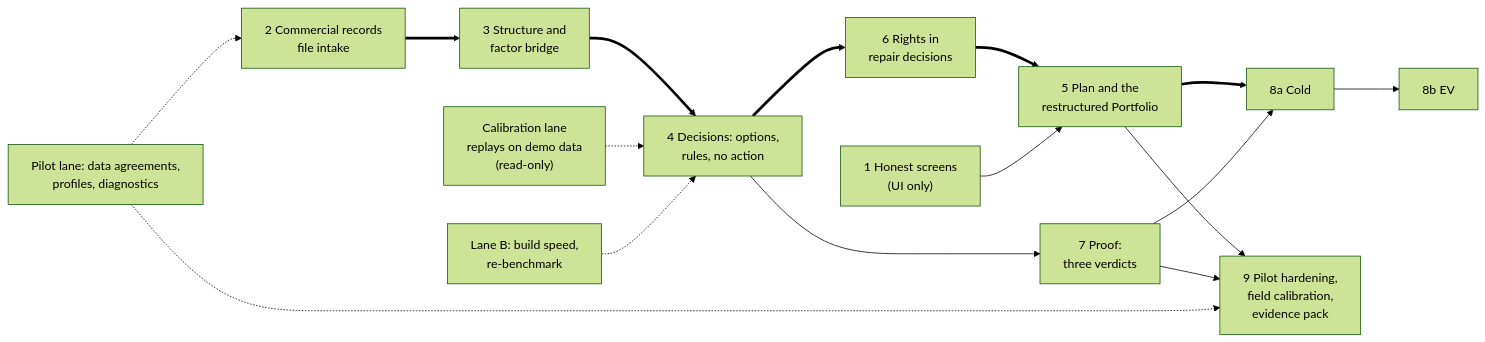
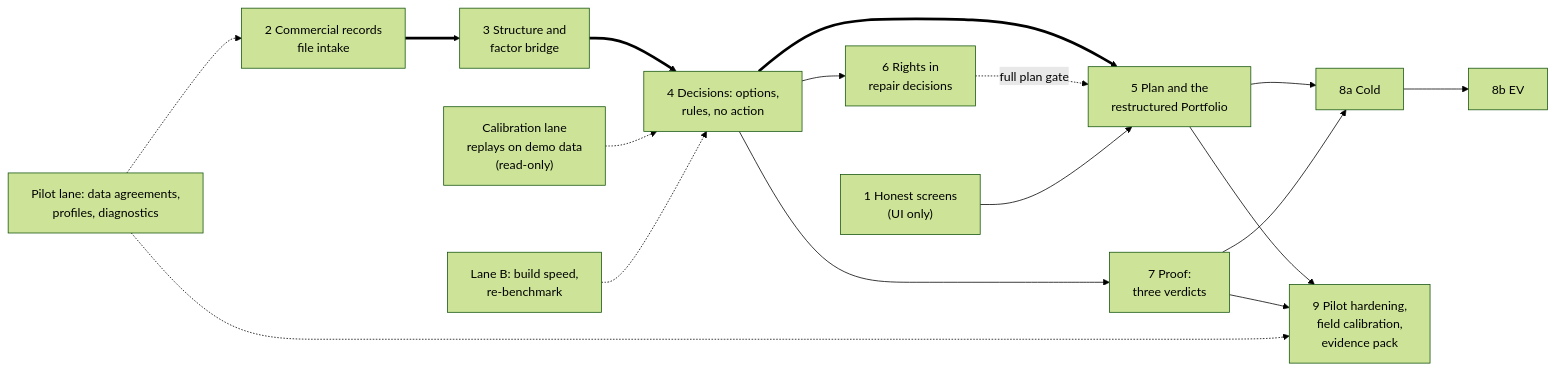
One commit to bineyame/AssetOpsV1 changed the fifth of 9 diagrams in Docs/demo-sprint/product-direction-layer4/product-transition-and-roadmap.md. Above: the diagram before and after it, drawn with Mermaid (forest theme). The commit also changed other lines of this file and 4 other files, not shown here.

First line of the commit message:
Product transition and roadmap rev 2: review M1-M3, L1-L7 as classes; effort basis; workflow change (new §5)

````diff
--- a/Docs/demo-sprint/product-direction-layer4/product-transition-and-roadmap.md
+++ b/Docs/demo-sprint/product-direction-layer4/product-transition-and-roadmap.md
@@ -245,26 +251,29 @@
 ```mermaid
 flowchart LR
   T0["Calibration lane<br/>replays on demo data<br/>(read-only)"]
   T1["1 Honest screens<br/>(UI only)"]
   T2["2 Commercial records<br/>file intake"]
   T3["3 Structure and<br/>factor bridge"]
   T4["4 Decisions: options,<br/>rules, no action"]
+  T5["5 Plan and the<br/>restructured Portfolio"]
   T6["6 Rights in<br/>repair decisions"]
-  T5["5 Plan and the<br/>restructured Portfolio"]
   T7["7 Proof:<br/>three verdicts"]
   T8a["8a Cold"]
   T8b["8b EV"]
   T9["9 Pilot hardening,<br/>field calibration,<br/>evidence pack"]
   LB["Lane B: build speed,<br/>re-benchmark"]
   PL["Pilot lane: data agreements,<br/>profiles, diagnostics"]
-  T2 ==> T3 ==> T4 ==> T6 ==> T5 ==> T8a --> T8b
+  T2 ==> T3 ==> T4 ==> T5
+  T4 --> T6
+  T6 -. "full plan gate" .-> T5
   T4 --> T7
   T1 --> T5
   T0 -.-> T4
+  T5 --> T8a --> T8b
   T7 --> T8a
   T5 --> T9
   T7 --> T9
   LB -.-> T4
   PL -.-> T2
   PL -.-> T9
 ```
````
